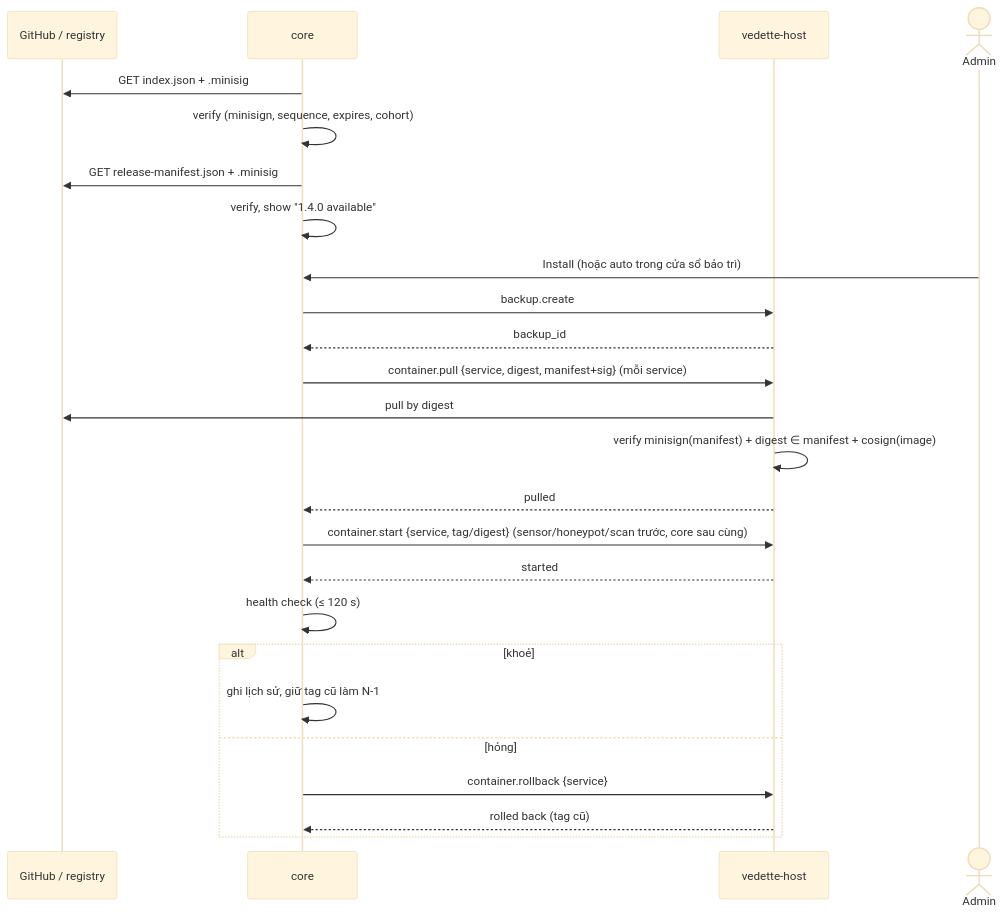
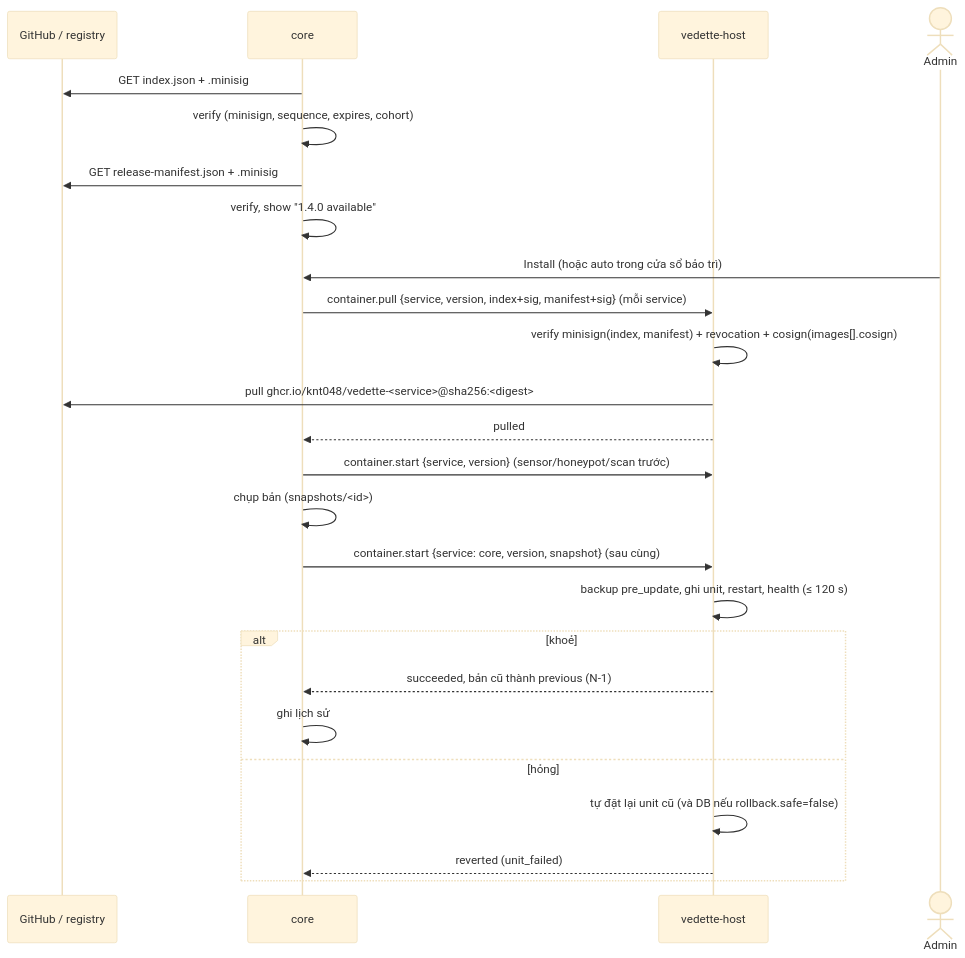
One commit to KNT048/vedette changed the diagram in docs/specs/update-manifest.md. Above: the diagram before and after it, drawn with Mermaid (base theme). The commit also changed other lines of this file and 13 other files, not shown here.

````diff
--- a/docs/specs/update-manifest.md
+++ b/docs/specs/update-manifest.md
@@ -132,27 +135,27 @@
 ```mermaid
 sequenceDiagram
     participant G as GitHub / registry
     participant C as core
     participant H as vedette-host
     actor A as Admin
     C->>G: GET index.json + .minisig
     C->>C: verify (minisign, sequence, expires, cohort)
     C->>G: GET release-manifest.json + .minisig
     C->>C: verify, show "1.4.0 available"
     A->>C: Install (hoặc auto trong cửa sổ bảo trì)
-    C->>H: backup.create
-    H-->>C: backup_id
-    C->>H: container.pull {service, digest, manifest+sig}  (mỗi service)
-    H->>G: pull by digest
-    H->>H: verify minisign(manifest) + digest ∈ manifest + cosign(image)
+    C->>H: container.pull {service, version, index+sig, manifest+sig}  (mỗi service)
+    H->>H: verify minisign(index, manifest) + revocation + cosign(images[].cosign)
+    H->>G: pull ghcr.io/knt048/vedette-<service>@sha256:<digest>
     H-->>C: pulled
-    C->>H: container.start {service, tag/digest} (sensor/honeypot/scan trước, core sau cùng)
-    H-->>C: started
-    C->>C: health check (≤ 120 s)
+    C->>H: container.start {service, version} (sensor/honeypot/scan trước)
+    C->>C: chụp bản (snapshots/<id>)
+    C->>H: container.start {service: core, version, snapshot} (sau cùng)
+    H->>H: backup pre_update, ghi unit, restart, health (≤ 120 s)
     alt khoẻ
-        C->>C: ghi lịch sử, giữ tag cũ làm N-1
+        H-->>C: succeeded, bản cũ thành previous (N-1)
+        C->>C: ghi lịch sử
     else hỏng
-        C->>H: container.rollback {service}
-        H-->>C: rolled back (tag cũ)
+        H->>H: tự đặt lại unit cũ (và DB nếu rollback.safe=false)
+        H-->>C: reverted (unit_failed)
     end
 ```
````
